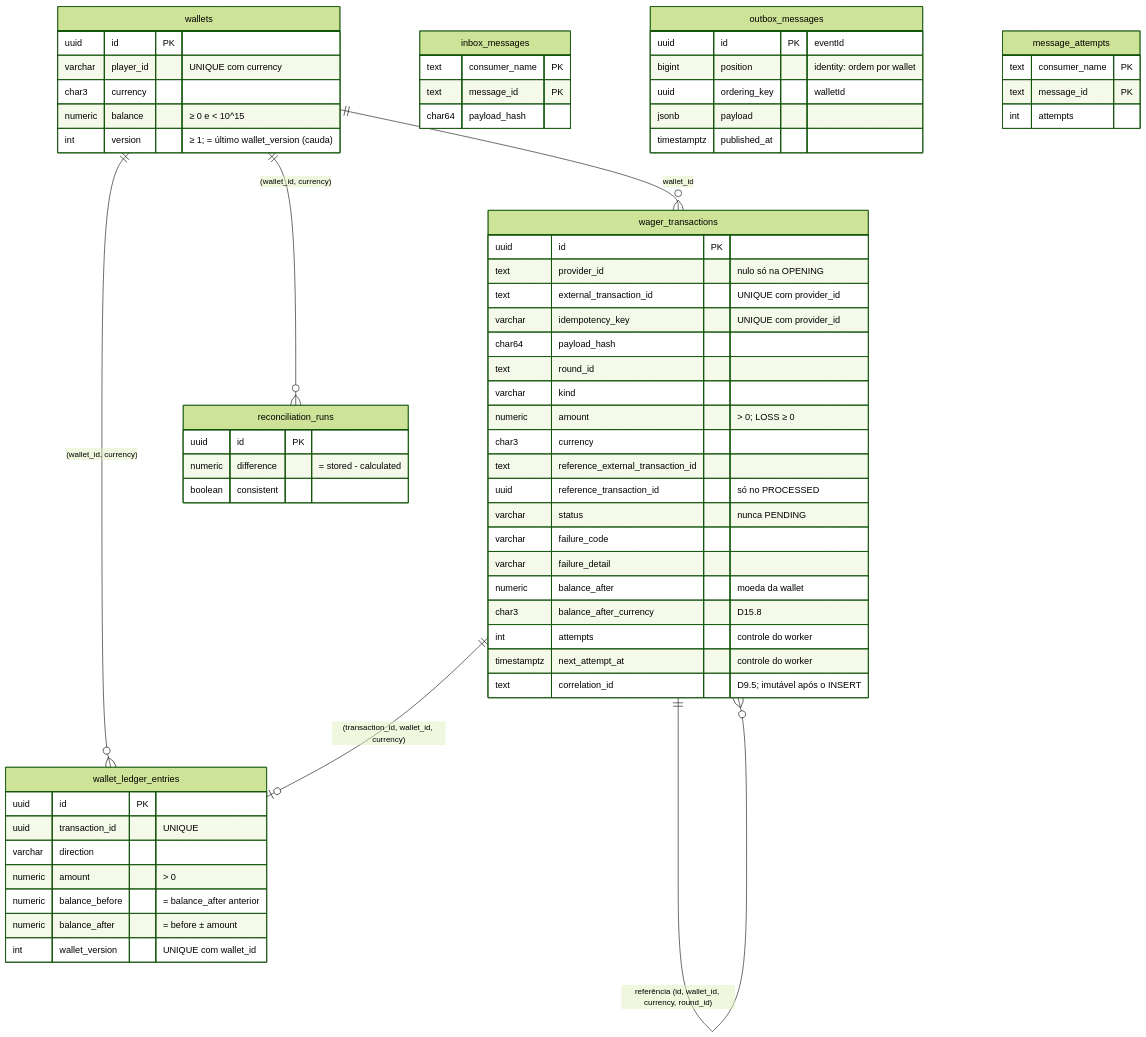
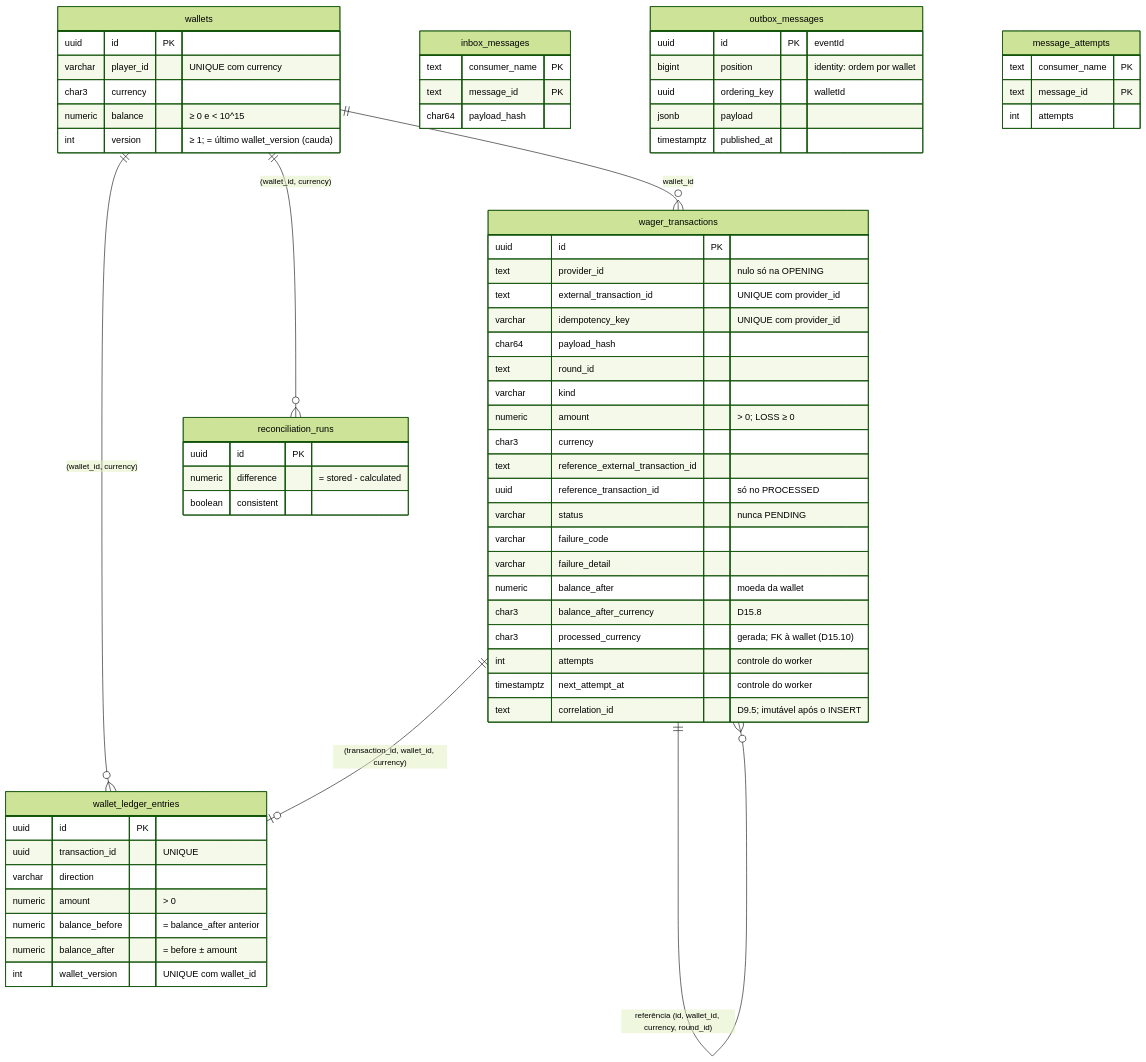
One commit to basedCaesar/distributed-wagering-processor changed the diagram in src/modules/wagering/infra/persistence/README.md. Above: the diagram before and after it, drawn with Mermaid (forest theme). The commit also changed other lines of this file and 71 other files, not shown here.

````diff
--- a/src/modules/wagering/infra/persistence/README.md
+++ b/src/modules/wagering/infra/persistence/README.md
@@ -24,68 +27,69 @@
 ```mermaid
 erDiagram
     wallets ||--o{ wager_transactions : "wallet_id"
     wallets ||--o{ wallet_ledger_entries : "(wallet_id, currency)"
     wager_transactions ||--o| wallet_ledger_entries : "(transaction_id, wallet_id, currency)"
     wager_transactions ||--o{ wager_transactions : "referência (id, wallet_id, currency, round_id)"
     wallets ||--o{ reconciliation_runs : "(wallet_id, currency)"
 
     wallets {
         uuid id PK
         varchar player_id "UNIQUE com currency"
         char3 currency
         numeric balance "≥ 0 e < 10^15"
         int version "≥ 1; = último wallet_version (cauda)"
     }
     wager_transactions {
         uuid id PK
         text provider_id "nulo só na OPENING"
         text external_transaction_id "UNIQUE com provider_id"
         varchar idempotency_key "UNIQUE com provider_id"
         char64 payload_hash
         text round_id
         varchar kind
         numeric amount "> 0; LOSS ≥ 0"
         char3 currency
         text reference_external_transaction_id
         uuid reference_transaction_id "só no PROCESSED"
         varchar status "nunca PENDING"
         varchar failure_code
         varchar failure_detail
         numeric balance_after "moeda da wallet"
         char3 balance_after_currency "D15.8"
+        char3 processed_currency "gerada; FK à wallet (D15.10)"
         int attempts "controle do worker"
         timestamptz next_attempt_at "controle do worker"
         text correlation_id "D9.5; imutável após o INSERT"
     }
     wallet_ledger_entries {
         uuid id PK
         uuid transaction_id "UNIQUE"
         varchar direction
         numeric amount "> 0"
         numeric balance_before "= balance_after anterior"
         numeric balance_after "= before ± amount"
         int wallet_version "UNIQUE com wallet_id"
     }
     inbox_messages {
         text consumer_name PK
         text message_id PK
         char64 payload_hash
     }
     outbox_messages {
         uuid id PK "eventId"
         bigint position "identity: ordem por wallet"
         uuid ordering_key "walletId"
         jsonb payload
         timestamptz published_at
     }
     message_attempts {
         text consumer_name PK
         text message_id PK
         int attempts
     }
     reconciliation_runs {
         uuid id PK
         numeric difference "= stored - calculated"
         boolean consistent
     }
 ```
````
